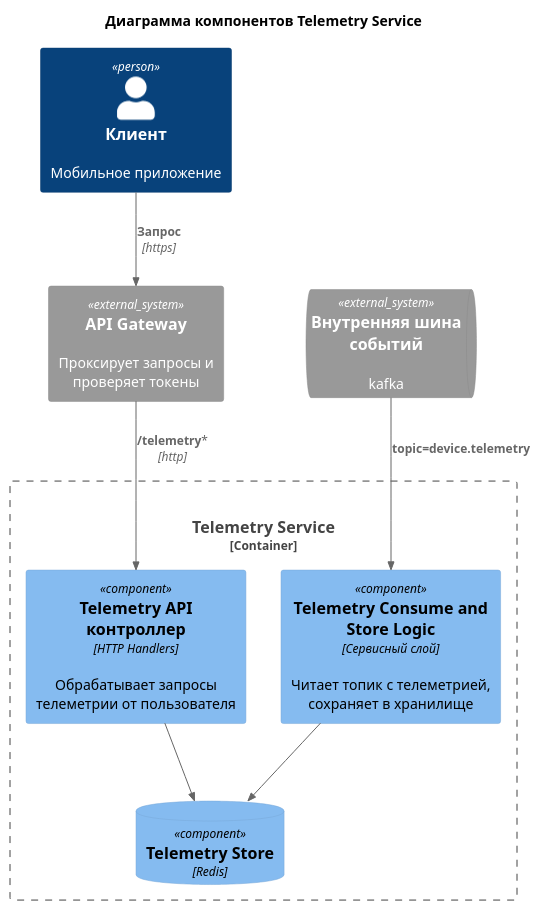
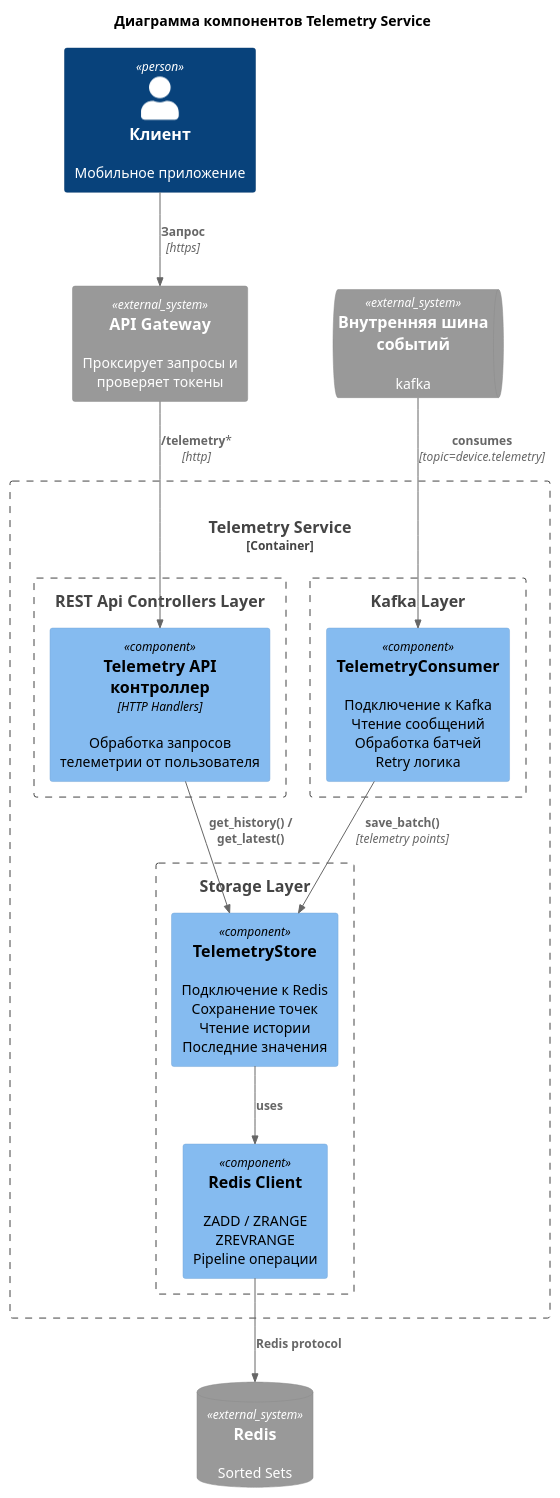
One commit to afakhrieva/architecture-pro-warmhouse changed the diagram in diagrams/component/telemetry_service.puml. Above: the diagram before and after it, drawn with PlantUML. The commit also changed 11 other files, not shown here.

Commit message:
Фикс диаграмм. Добавлена диаграмма кода для Telemetry Service

```diff
--- a/diagrams/component/telemetry_service.puml
+++ b/diagrams/component/telemetry_service.puml
@@ -1,29 +1,41 @@
 @startuml
 
 title Диаграмма компонентов Telemetry Service
 
 top to bottom direction
 
 !include <C4/C4_Component>
 !include <C4/C4_Context>
 !include <C4/C4_Container>
 
 Person(client, "Клиент", "Мобильное приложение")
 System_Ext(ApiGateway, "API Gateway", "Проксирует запросы и проверяет токены")
 SystemQueue_Ext(EventBus, "Внутренняя шина событий", "kafka")
+SystemDb_Ext(RedisDb, "Redis", "Sorted Sets")
 
 Container_Boundary(telemetry_service, "Telemetry Service") {
-    Component(TelemetryApi, "Telemetry API контроллер", "HTTP Handlers", "Обрабатывает запросы телеметрии от пользователя")
-    Component(TelemetryConsumer, "Telemetry Consume and Store Logic", "Сервисный слой", "Читает топик с телеметрией, сохраняет в хранилище")
-    ComponentDb(TelemetryStore, "Telemetry Store", "Redis")
+    Boundary(restApi, "REST Api Controllers Layer"){
+        Component(TelemetryApi, "Telemetry API контроллер", "HTTP Handlers", "Обработка запросов телеметрии от пользователя")
+    }
 
-    Rel(TelemetryConsumer, TelemetryStore, " ")
-    Rel(TelemetryApi, TelemetryStore, " ")
+    Boundary(kafka, "Kafka Layer") {
+        Component(TelemetryConsumer, "TelemetryConsumer", "", "Подключение к Kafka\nЧтение сообщений\nОбработка батчей\nRetry логика")
+    }
+
+    Boundary(storage, "Storage Layer") {
+            Component(TelemetryStore, "TelemetryStore", "", "Подключение к Redis\nСохранение точек\nЧтение истории\nПоследние значения")
+            Component(RedisClient, "Redis Client", "", "ZADD / ZRANGE\nZREVRANGE\nPipeline операции")
+    }
+
+    Rel(EventBus, TelemetryConsumer, "consumes", "topic=device.telemetry")
+    Rel(TelemetryConsumer, TelemetryStore, "save_batch()", "telemetry points")
+    Rel(TelemetryStore, RedisClient, "uses")
+    Rel(RedisClient, RedisDb, "Redis protocol")
+
+    Rel(TelemetryApi, TelemetryStore, "get_history() / get_latest()")
 }
 
 Rel(client, ApiGateway, "Запрос", "https")
 Rel(ApiGateway, TelemetryApi, "/telemetry*", "http")
 
-Rel(EventBus, TelemetryConsumer, "topic=device.telemetry")
-
 @enduml
```
